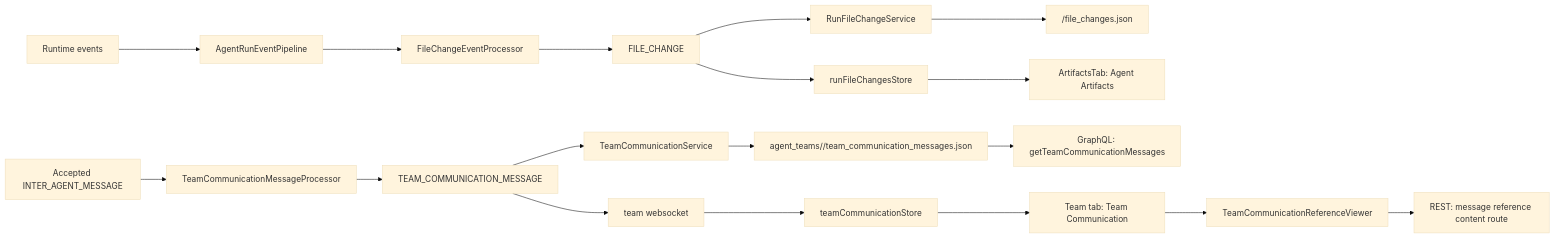
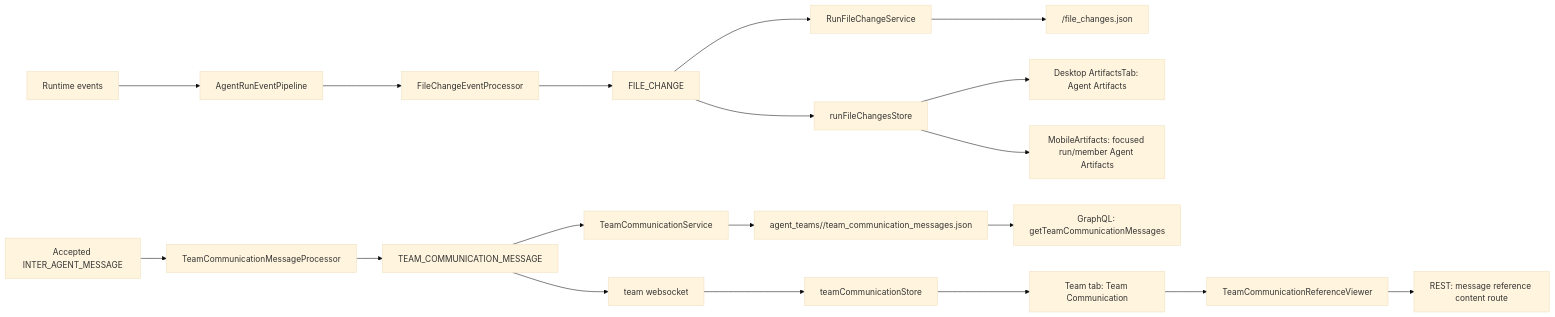
Before and after one commit to AutoByteus/autobyteus-workspace: the diagram in autobyteus-web/docs/agent_artifacts.md, drawn with Mermaid (base theme). The commit also changed other lines of this file and 38 other files, not shown here.

Commit message:
finalize mobile artifacts tab

````diff
--- a/autobyteus-web/docs/agent_artifacts.md
+++ b/autobyteus-web/docs/agent_artifacts.md
@@ -105,21 +105,22 @@
 ```mermaid
 flowchart LR
   A[Runtime events] --> B[AgentRunEventPipeline]
   B --> C[FileChangeEventProcessor]
   C --> D[FILE_CHANGE]
   D --> E[RunFileChangeService]
   E --> F[<run-memory-dir>/file_changes.json]
   D --> G[runFileChangesStore]
-  G --> H[ArtifactsTab: Agent Artifacts]
+  G --> H[Desktop ArtifactsTab: Agent Artifacts]
+  G --> U[MobileArtifacts: focused run/member Agent Artifacts]
 
   I[Accepted INTER_AGENT_MESSAGE] --> J[TeamCommunicationMessageProcessor]
   J --> K[TEAM_COMMUNICATION_MESSAGE]
   K --> L[TeamCommunicationService]
   L --> N[agent_teams/<teamRunId>/team_communication_messages.json]
   K --> M[team websocket]
   M --> P[teamCommunicationStore]
   N --> O[GraphQL: getTeamCommunicationMessages]
   P --> R[Team tab: Team Communication]
   R --> S[TeamCommunicationReferenceViewer]
   S --> T[REST: message reference content route]
 ```
````
